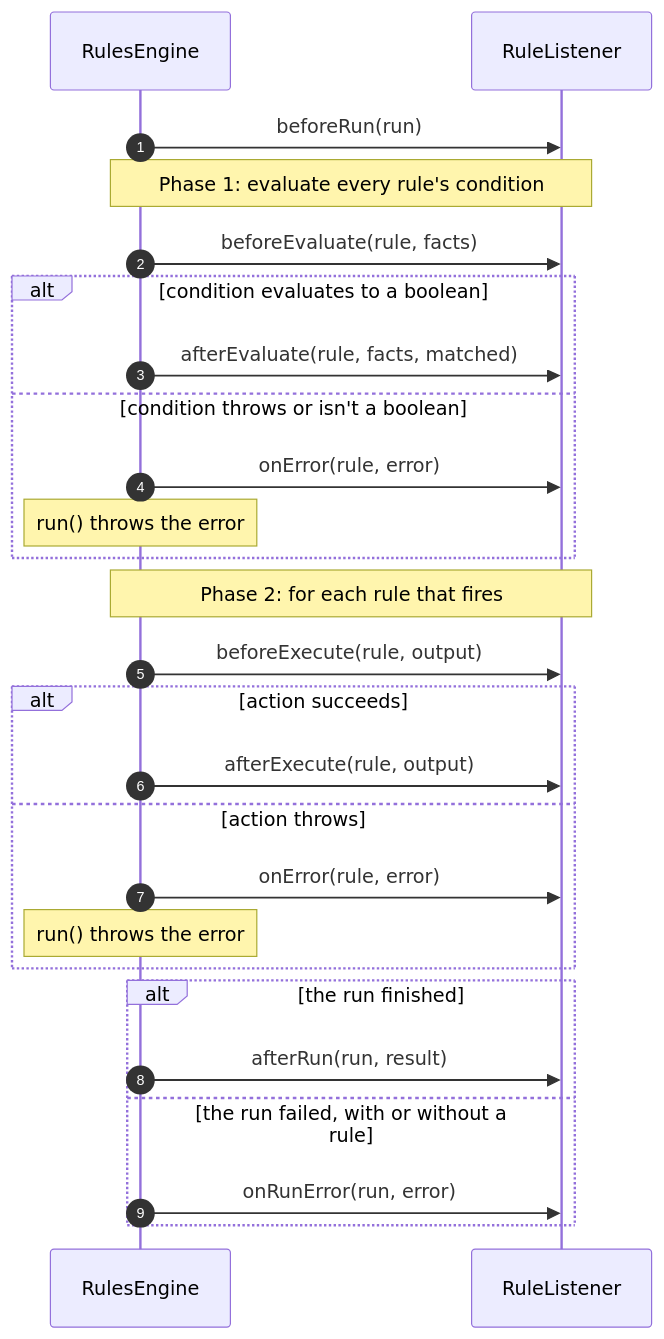
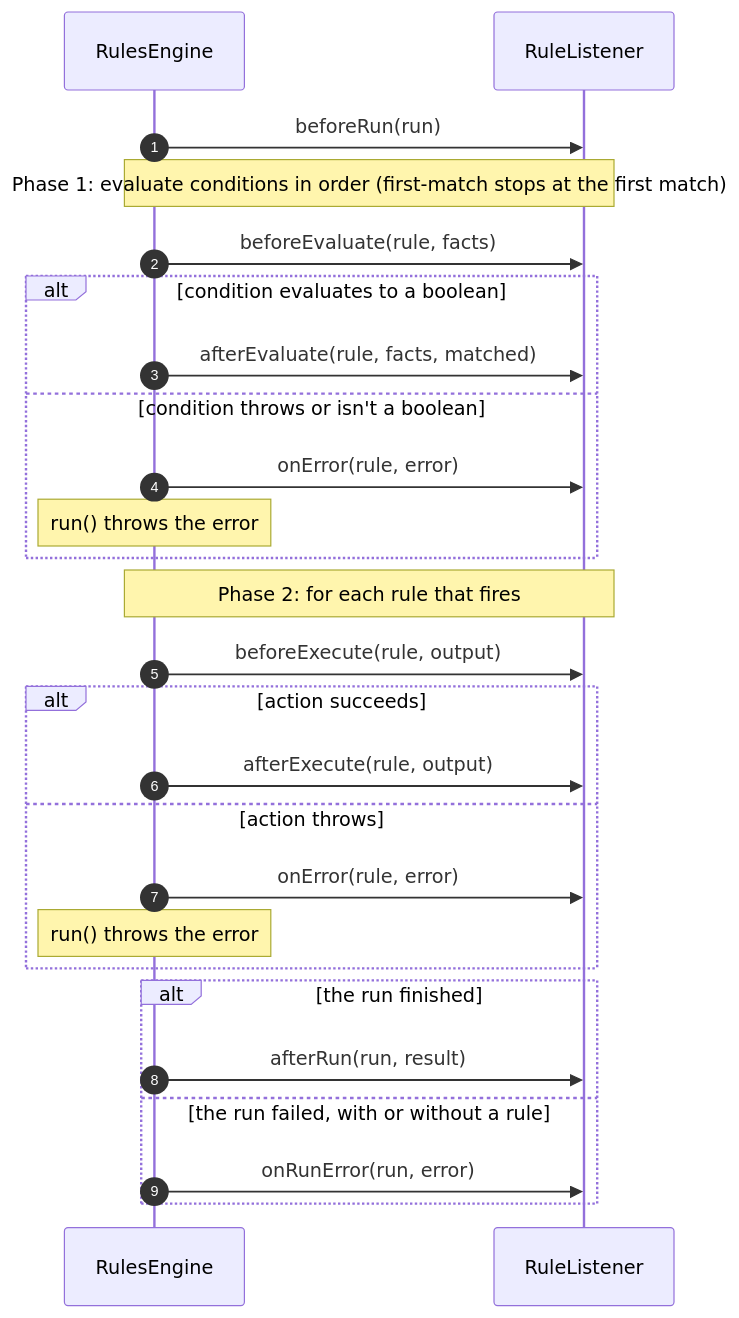
Before and after one commit to brantunger/unruly-engine: the diagram in docs/listeners-and-logging.md, drawn with Mermaid. The commit also changed other lines of this file and 8 other files, not shown here.

````diff
--- a/docs/listeners-and-logging.md
+++ b/docs/listeners-and-logging.md
@@ -35,28 +35,28 @@
 ```mermaid
 sequenceDiagram
     autonumber
     participant E as RulesEngine
     participant L as RuleListener
     E->>L: beforeRun(run)
-    Note over E,L: Phase 1: evaluate every rule's condition
+    Note over E,L: Phase 1: evaluate conditions in order (first-match stops at the first match)
     E->>L: beforeEvaluate(rule, facts)
     alt condition evaluates to a boolean
         E->>L: afterEvaluate(rule, facts, matched)
     else condition throws or isn't a boolean
         E->>L: onError(rule, error)
         Note over E: run() throws the error
     end
     Note over E,L: Phase 2: for each rule that fires
     E->>L: beforeExecute(rule, output)
     alt action succeeds
         E->>L: afterExecute(rule, output)
     else action throws
         E->>L: onError(rule, error)
         Note over E: run() throws the error
     end
     alt the run finished
         E->>L: afterRun(run, result)
     else the run failed, with or without a rule
         E->>L: onRunError(run, error)
     end
 ```
````
